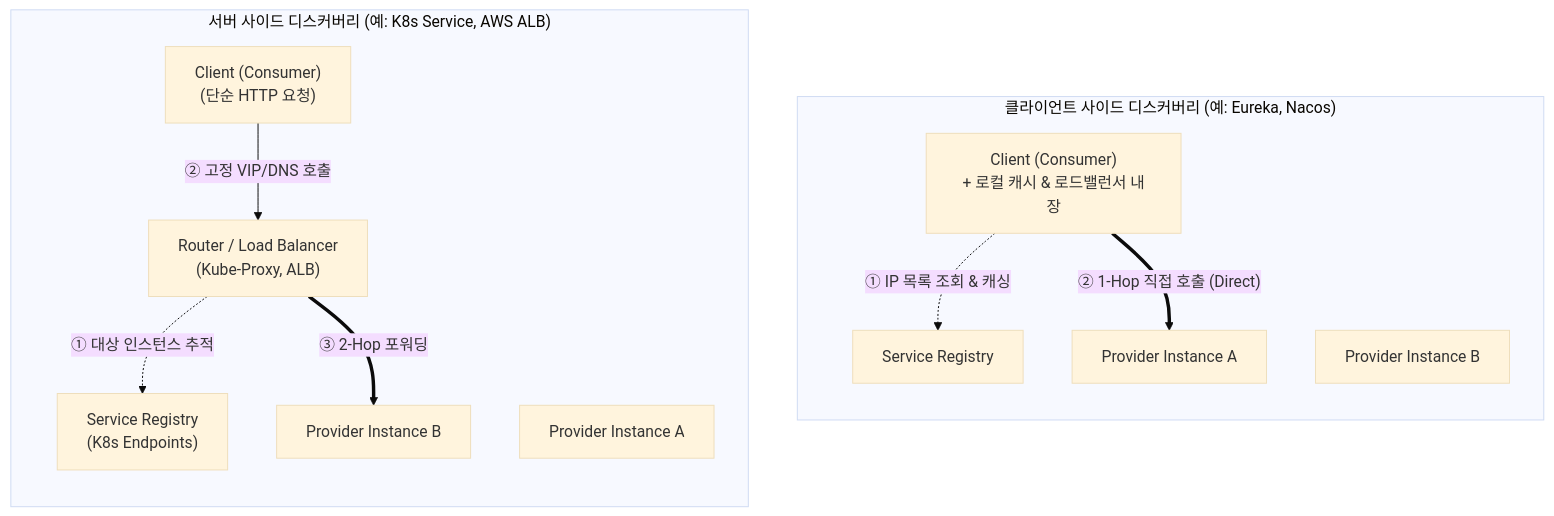
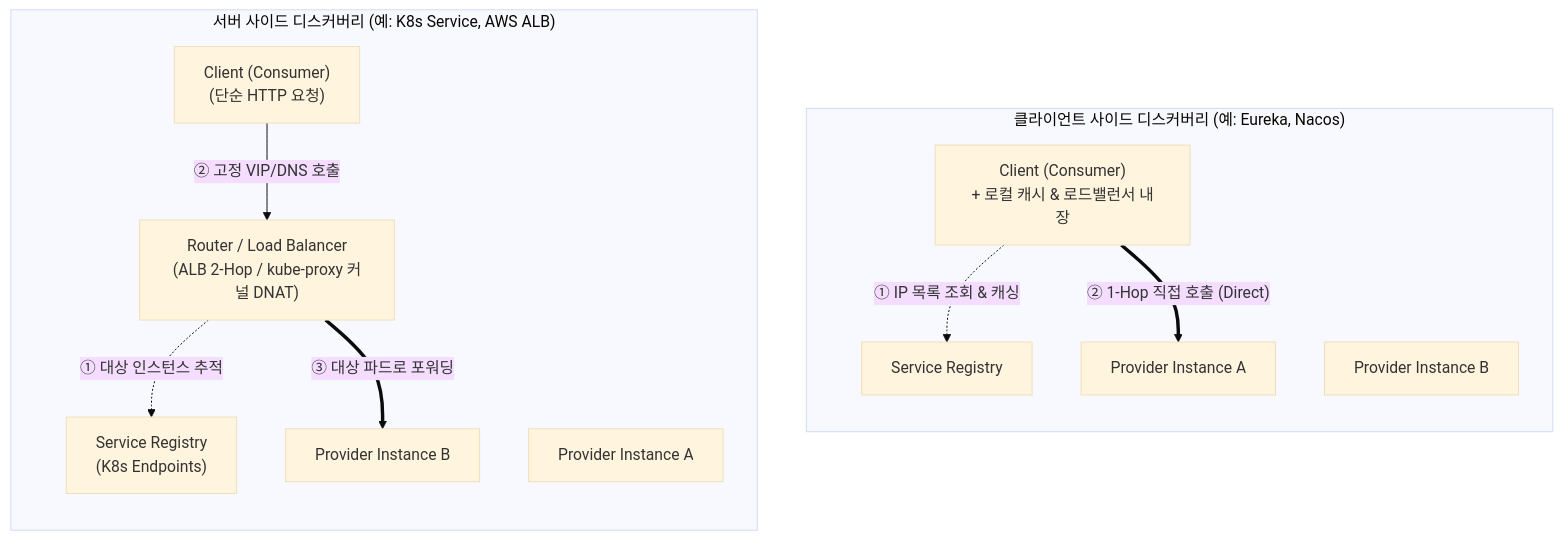
One commit to studylida/studylida.github.io changed the fifth of 7 diagrams in src/content/posts/service-discovery-deep-dive.md. Above: the diagram before and after it, drawn with Mermaid (base theme). The commit also changed other lines of this file and 18 other files, not shown here.

````diff
--- a/src/content/posts/service-discovery-deep-dive.md
+++ b/src/content/posts/service-discovery-deep-dive.md
@@ -141,26 +141,26 @@
 ```mermaid
 flowchart TB
     subgraph ClientSide ["클라이언트 사이드 디스커버리 (예: Eureka, Nacos)"]
         direction TB
         C_Client["Client (Consumer)<br/>+ 로컬 캐시 & 로드밸런서 내장"]
         C_Reg["Service Registry"]
         C_P1["Provider Instance A"]
         C_P2["Provider Instance B"]
 
         C_Client -.->|"① IP 목록 조회 & 캐싱"| C_Reg
         C_Client ==>|"② 1-Hop 직접 호출 (Direct)"| C_P1
     end
 
     subgraph ServerSide ["서버 사이드 디스커버리 (예: K8s Service, AWS ALB)"]
         direction TB
         S_Client["Client (Consumer)<br/>(단순 HTTP 요청)"]
-        S_Proxy["Router / Load Balancer<br/>(Kube-Proxy, ALB)"]
+        S_Proxy["Router / Load Balancer<br/>(ALB 2-Hop / kube-proxy 커널 DNAT)"]
         S_Reg["Service Registry<br/>(K8s Endpoints)"]
         S_P1["Provider Instance A"]
         S_P2["Provider Instance B"]
 
         S_Proxy -.->|"① 대상 인스턴스 추적"| S_Reg
         S_Client -->|"② 고정 VIP/DNS 호출"| S_Proxy
-        S_Proxy ==>|"③ 2-Hop 포워딩"| S_P2
+        S_Proxy ==>|"③ 대상 파드로 포워딩"| S_P2
     end
 ```
````
